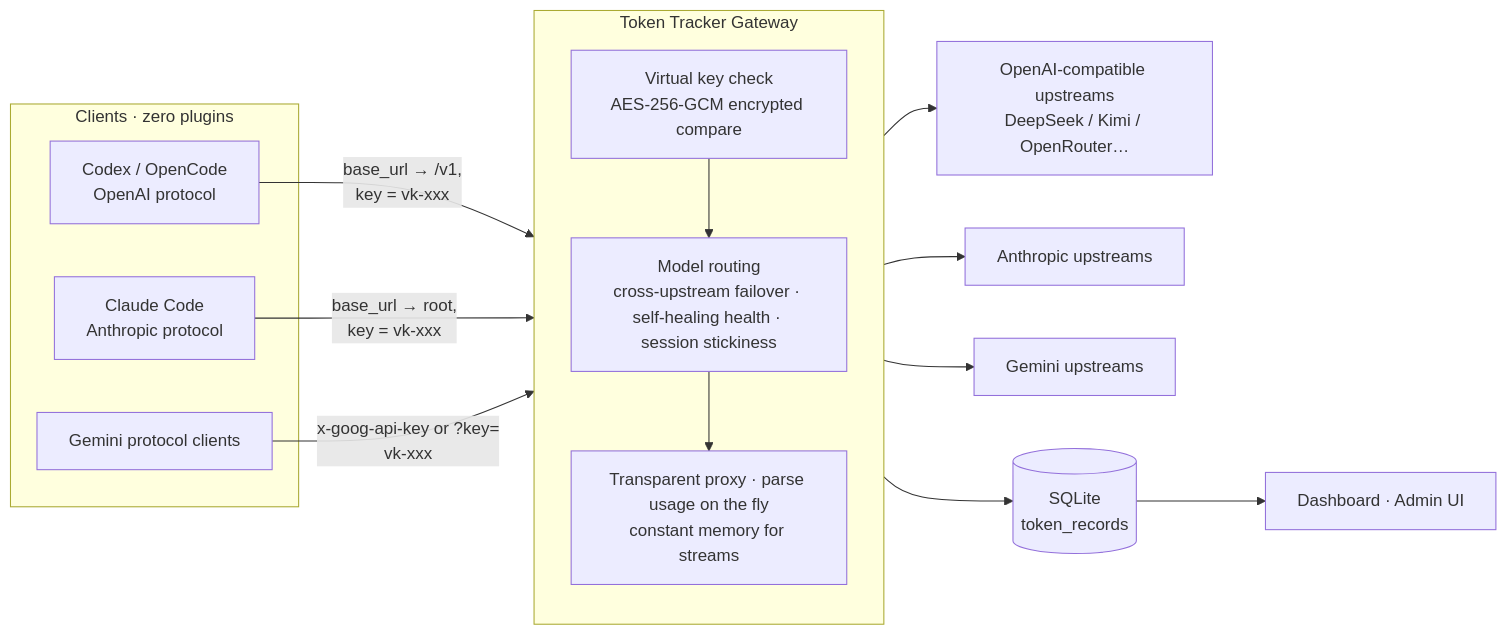
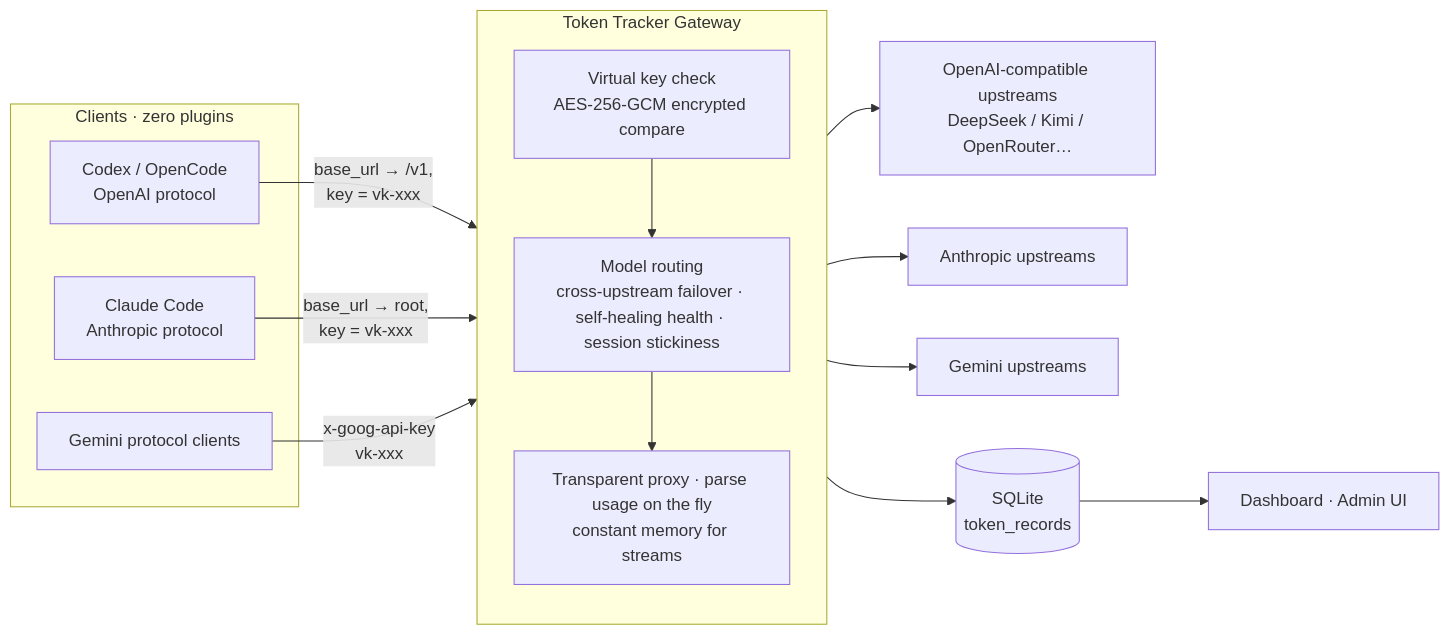
The diagram in README.en.md (caibingcheng/token-tracker), drawn with Mermaid before and after one commit. The commit also changed other lines of this file and 88 other files, not shown here.

````diff
--- a/README.en.md
+++ b/README.en.md
@@ -14,28 +14,28 @@
 ```mermaid
 flowchart LR
     subgraph C[Clients · zero plugins]
         A[Codex / OpenCode<br>OpenAI protocol]
         B[Claude Code<br>Anthropic protocol]
         D[Gemini protocol clients]
     end
 
     A -->|"base_url → /v1,<br>key = vk-xxx"| G
     B -->|"base_url → root,<br>key = vk-xxx"| G
-    D -->|"x-goog-api-key or ?key=<br>vk-xxx"| G
+    D -->|"x-goog-api-key<br>vk-xxx"| G
 
     subgraph G[Token Tracker Gateway]
         direction TB
         V[Virtual key check<br>AES-256-GCM encrypted compare]
         R[Model routing<br>cross-upstream failover · self-healing health · session stickiness]
         P[Transparent proxy · parse usage on the fly<br>constant memory for streams]
     end
 
     V --> R --> P
 
     P --> U1[OpenAI-compatible upstreams<br>DeepSeek / Kimi / OpenRouter…]
     P --> U2[Anthropic upstreams]
     P --> U3[Gemini upstreams]
 
     P --> DB[(SQLite<br>token_records)]
     DB --> W[Dashboard · Admin UI]
 ```
````
